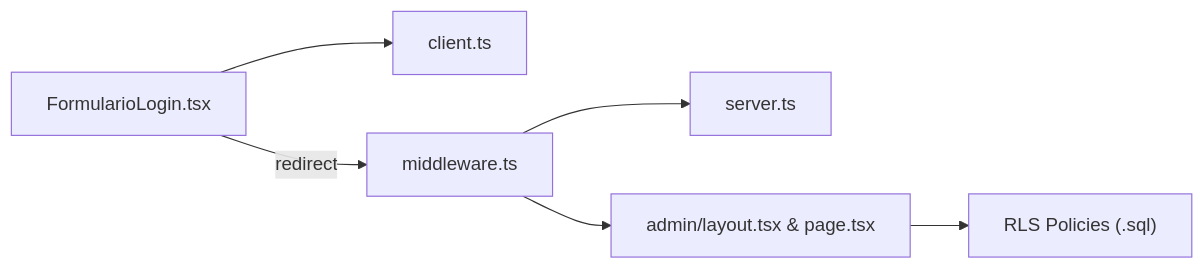
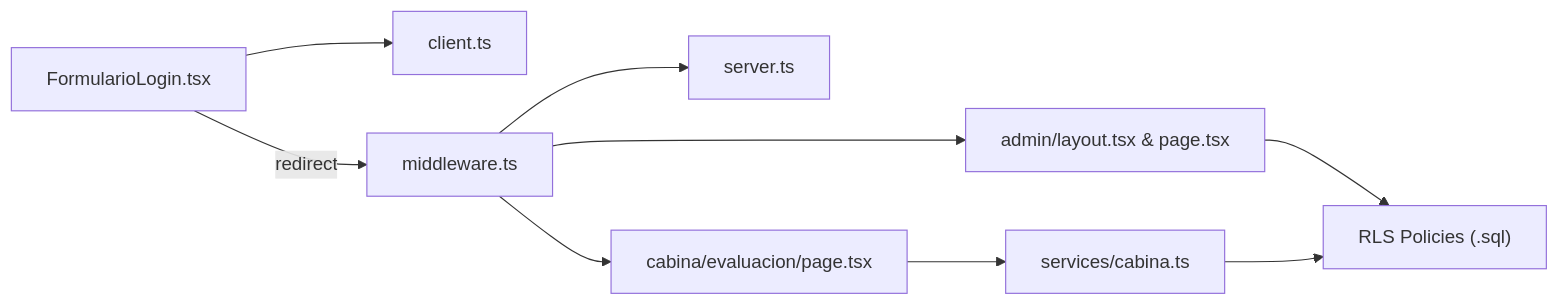
One commit to AgusCatra/simu-twin-web changed the eighth of 8 diagrams in .qoder/repowiki/en/content/Core Services & Business Logic/Authentication System.md. Above: the diagram before and after it, drawn with Mermaid. The commit also changed other lines of this file and 63 other files, not shown here.

````diff
--- a/.qoder/repowiki/en/content/Core Services & Business Logic/Authentication System.md
+++ b/.qoder/repowiki/en/content/Core Services & Business Logic/Authentication System.md
@@ -300,8 +353,11 @@
 ```mermaid
 graph LR
 F["FormularioLogin.tsx"] --> C["client.ts"]
 F --> |"redirect"| M["middleware.ts"]
 M --> S["server.ts"]
 M --> A["admin/layout.tsx & page.tsx"]
+M --> E["cabina/evaluacion/page.tsx"]
+E --> CS["services/cabina.ts"]
 A --> DB["RLS Policies (.sql)"]
+CS --> DB
 ```
````
